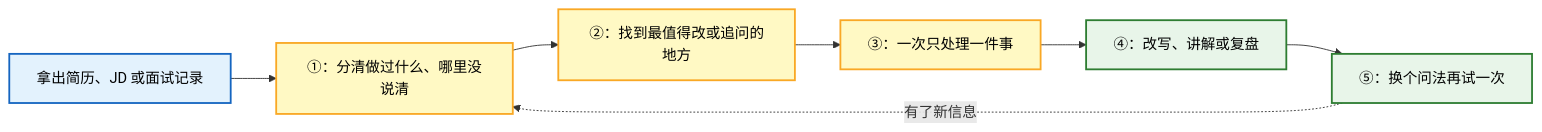
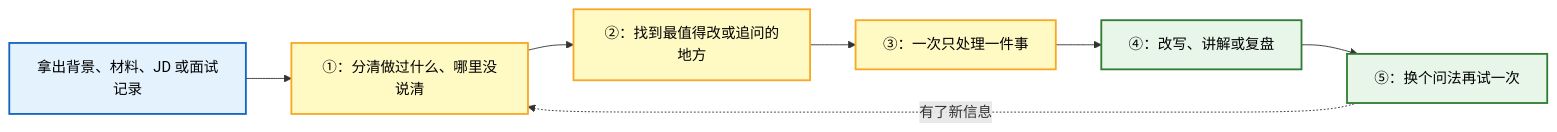
Before and after one commit to chengzicv/chengzicv-career-skills: the first of 2 diagrams in README.md, drawn with Mermaid. The commit also changed other lines of this file and 20 other files, not shown here.

````diff
--- a/README.md
+++ b/README.md
@@ -19,13 +19,13 @@
 ```mermaid
 graph LR
     classDef input fill:#e3f2fd,stroke:#1565c0,stroke-width:2px,color:#000;
     classDef process fill:#fff9c4,stroke:#f9a825,stroke-width:2px,color:#000;
     classDef output fill:#e8f5e9,stroke:#2e7d32,stroke-width:2px,color:#000;
 
-    Material["拿出简历、JD 或面试记录"]:::input --> Fact["①：分清做过什么、哪里没说清"]:::process
+    Material["拿出背景、材料、JD 或面试记录"]:::input --> Fact["①：分清做过什么、哪里没说清"]:::process
     Fact --> Target["②：找到最值得改或追问的地方"]:::process
     Target --> Action["③：一次只处理一件事"]:::process
     Action --> Result["④：改写、讲解或复盘"]:::output
     Result --> Retest["⑤：换个问法再试一次"]:::output
     Retest -.->|"有了新信息"| Fact
 ```
````
